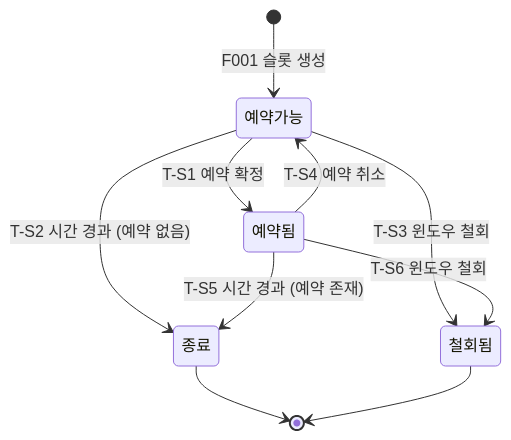
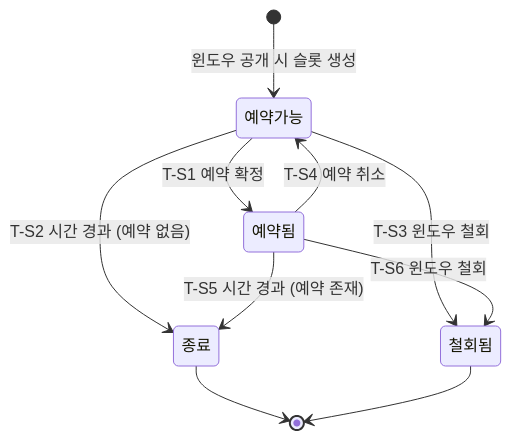
The third of 4 diagrams in docs/13. Wherehouse_고도화_주거지예약시스템/3. Wherehouse_매물방문예약_설계명세서.md (bumjinDev/wherehouse_SpringBoot), drawn with Mermaid before and after one commit. The commit also changed other lines of this file and 2 other files, not shown here.

````diff
--- a/docs/13. Wherehouse_고도화_주거지예약시스템/3. Wherehouse_매물방문예약_설계명세서.md
+++ b/docs/13. Wherehouse_고도화_주거지예약시스템/3. Wherehouse_매물방문예약_설계명세서.md
@@ -404,15 +592,15 @@
 ```mermaid
 stateDiagram-v2
-    [*] --> 예약가능: F001 슬롯 생성
+    [*] --> 예약가능: 윈도우 공개 시 슬롯 생성
 
     예약가능 --> 예약됨: T-S1 예약 확정
     예약가능 --> 종료: T-S2 시간 경과 (예약 없음)
     예약가능 --> 철회됨: T-S3 윈도우 철회
 
     예약됨 --> 예약가능: T-S4 예약 취소
     예약됨 --> 종료: T-S5 시간 경과 (예약 존재)
     예약됨 --> 철회됨: T-S6 윈도우 철회
 
     종료 --> [*]
     철회됨 --> [*]
 ```
````
